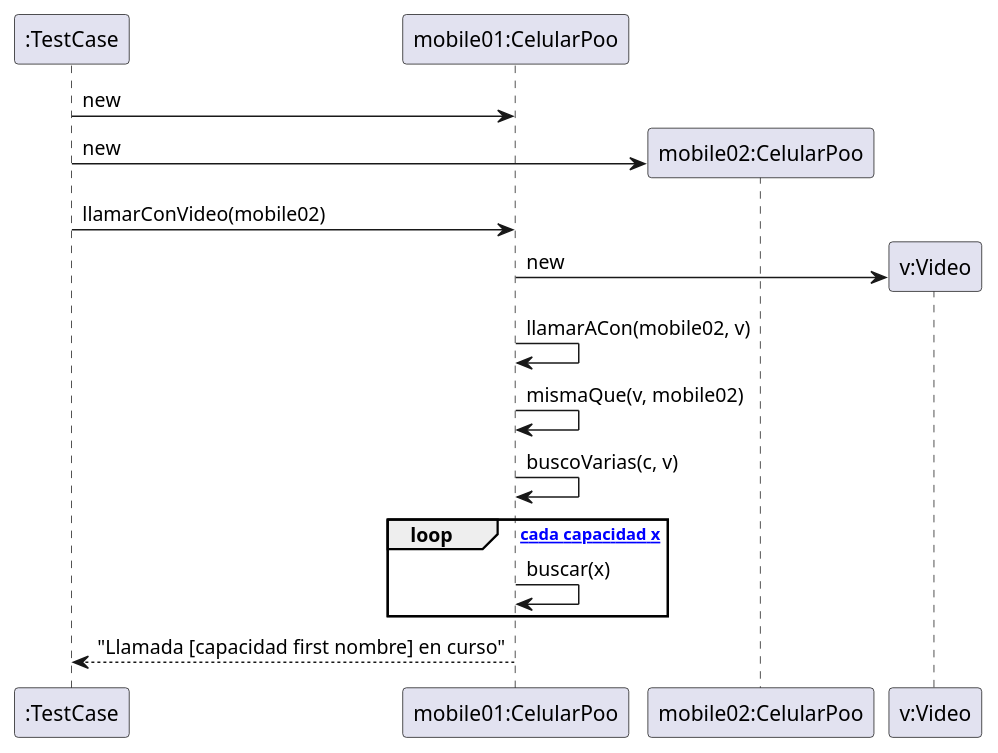
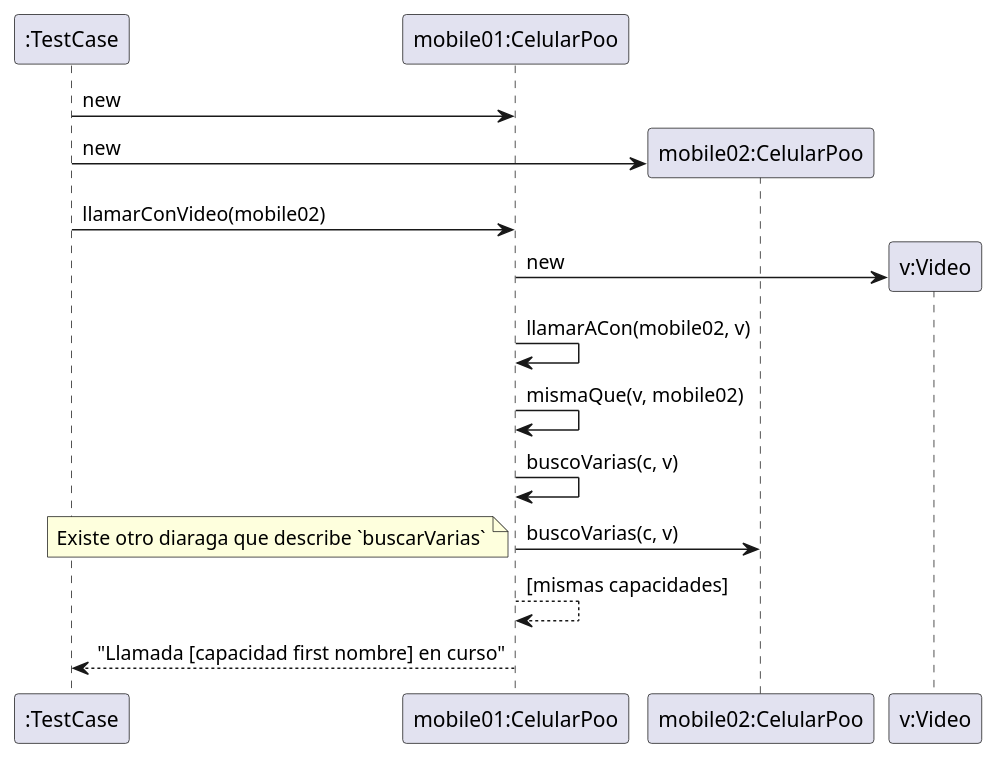
Before and after one commit to fiuba/algo3_parciales: the diagram in parciales/2021-12-14/posibleSolucion/ds_recibirLLamadaConVideo.plantuml, drawn with PlantUML. The commit also changed 4 other files, not shown here.

Commit message:
Dividiendo los diagramas

```diff
--- a/parciales/2021-12-14/posibleSolucion/ds_recibirLLamadaConVideo.plantuml
+++ b/parciales/2021-12-14/posibleSolucion/ds_recibirLLamadaConVideo.plantuml
@@ -1,19 +1,20 @@
 @startuml
 
 ":TestCase" -> "mobile01:CelularPoo": new
 create "mobile02:CelularPoo"
 ":TestCase" -> "mobile02:CelularPoo": new
 ":TestCase" -> "mobile01:CelularPoo": llamarConVideo(mobile02)
 create "v:Video"
 "mobile01:CelularPoo" -> "v:Video": new
 "mobile01:CelularPoo" -> "mobile01:CelularPoo": llamarACon(mobile02, v)
 "mobile01:CelularPoo" -> "mobile01:CelularPoo": mismaQue(v, mobile02)
 "mobile01:CelularPoo" -> "mobile01:CelularPoo": buscoVarias(c, v)
-loop [para cada capacidad x]
-"mobile01:CelularPoo" -> "mobile01:CelularPoo": buscar(x)
-end
-
+"mobile01:CelularPoo" -> "mobile02:CelularPoo": buscoVarias(c, v)
+note left
+        Existe otro diaraga que describe `buscarVarias`
+end note
+"mobile01:CelularPoo" --> "mobile01:CelularPoo": [mismas capacidades]
 "mobile01:CelularPoo" --> ":TestCase": "Llamada [capacidad first nombre] en curso"
 
 
 @enduml
```
